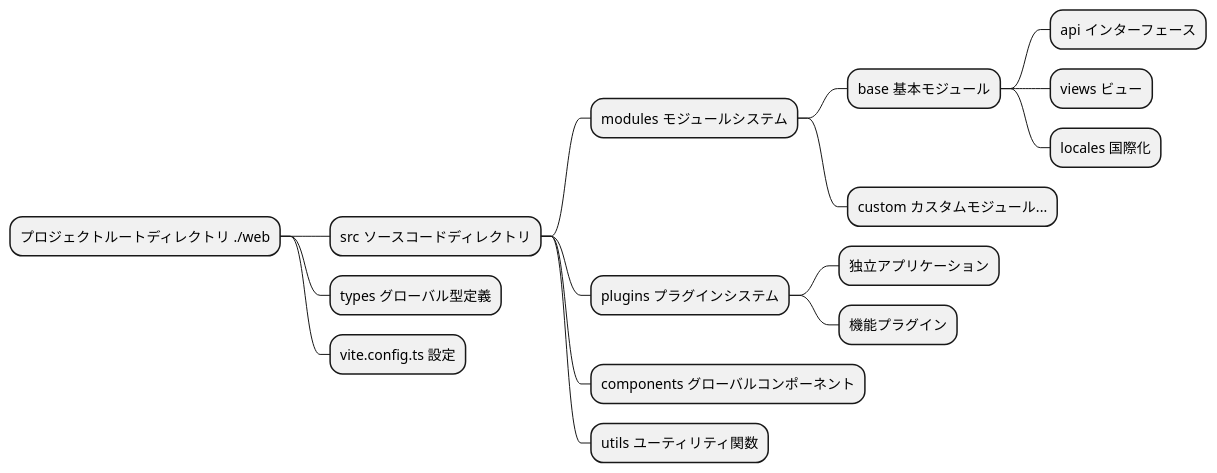
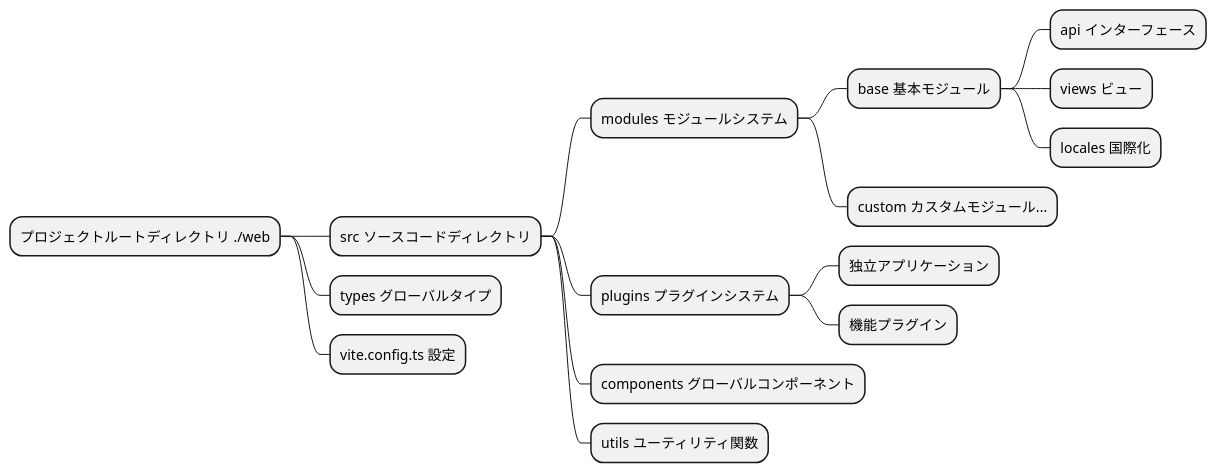
The first of 5 diagrams in docs/ja/front/base/concept.md (mineadmin/doc-v3), drawn with PlantUML before and after one commit. The commit also changed other lines of this file and 225 other files, not shown here.

````diff
--- a/docs/ja/front/base/concept.md
+++ b/docs/ja/front/base/concept.md
@@ -13,19 +13,19 @@
 ```plantuml
 @startmindmap
 * プロジェクトルートディレクトリ ./web
 ** src ソースコードディレクトリ
 *** modules モジュールシステム
 **** base 基本モジュール
 ***** api インターフェース
 ***** views ビュー
 ***** locales 国際化
 **** custom カスタムモジュール...
 *** plugins プラグインシステム
 **** 独立アプリケーション
 **** 機能プラグイン
 *** components グローバルコンポーネント
 *** utils ユーティリティ関数
-** types グローバル型定義
+** types グローバルタイプ
 ** vite.config.ts 設定
 @endmindmap
 ```
````
